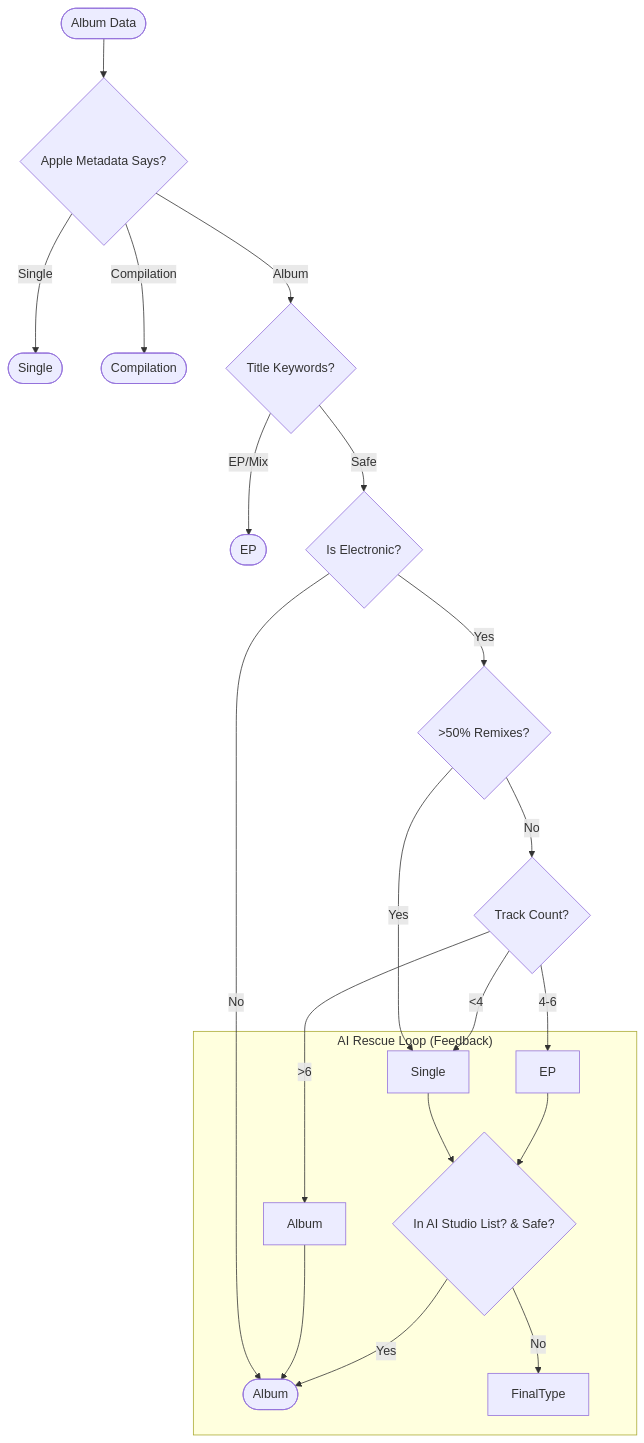
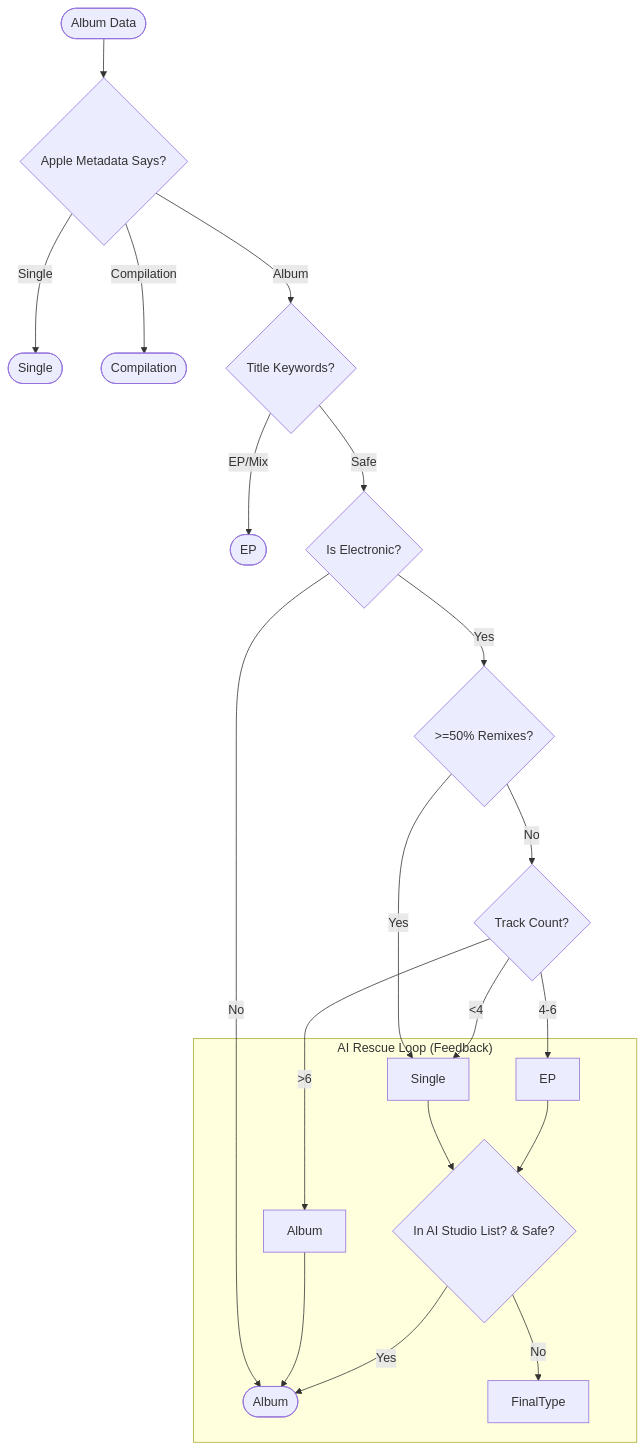
Before and after one commit to maujrp99/MJRP_AlbumsBalancedPlaylists_v0: the diagram in docs/manual/22_Album_Search_Engine.md, drawn with Mermaid. The commit also changed other lines of this file and 22 other files, not shown here.

````diff
--- a/docs/manual/22_Album_Search_Engine.md
+++ b/docs/manual/22_Album_Search_Engine.md
@@ -52,29 +53,29 @@
 ```mermaid
 flowchart TD
     Start([Album Data]) --> Apple{Apple Metadata Says?}
     Apple -- "Single" --> EndSingle([Single])
     Apple -- "Compilation" --> EndComp([Compilation])
     Apple -- "Album" --> Title{Title Keywords?}
     
     Title -- "EP/Mix" --> EndEP([EP])
     Title -- Safe --> Genre{Is Electronic?}
     
     Genre -- No --> EndAlbum([Album])
-    Genre -- Yes --> Remix{>50% Remixes?}
+    Genre -- Yes --> Remix{>=50% Remixes?}
     
     Remix -- Yes --> SingleCalc
     Remix -- No --> Count{Track Count?}
     
     Count -- <4 --> SingleCalc
     Count -- 4-6 --> EPCalc
     Count -- >6 --> AlbumCalc
     
     subgraph "AI Rescue Loop (Feedback)"
         SingleCalc[Single] --> Rescue{In AI Studio List? & Safe?}
         EPCalc[EP] --> Rescue
         AlbumCalc[Album] --> EndAlbum
         
         Rescue -- Yes --> EndAlbum
         Rescue -- No --> FinalType
     end
 ```
````
